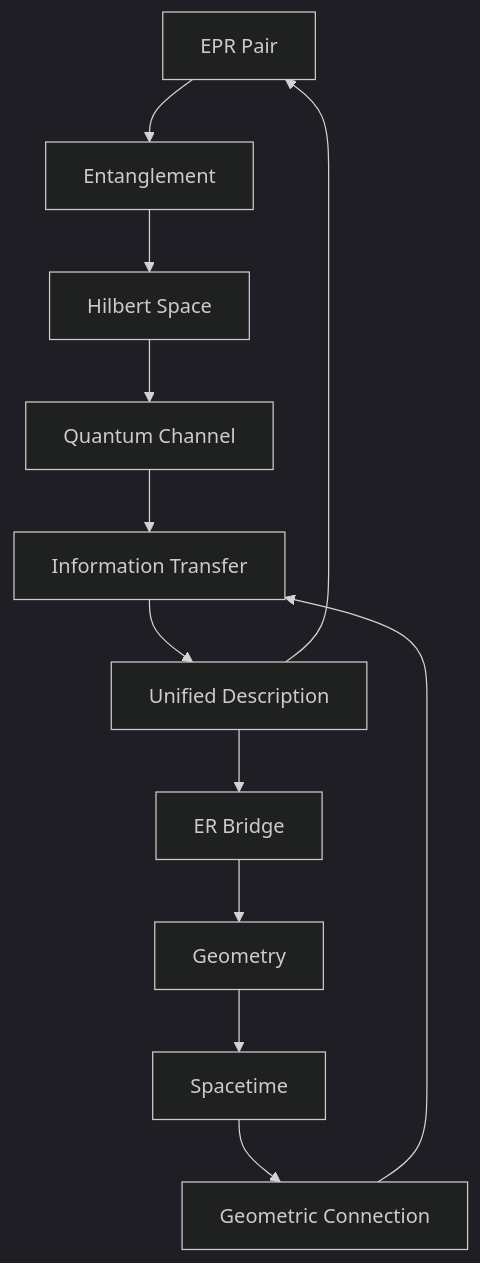
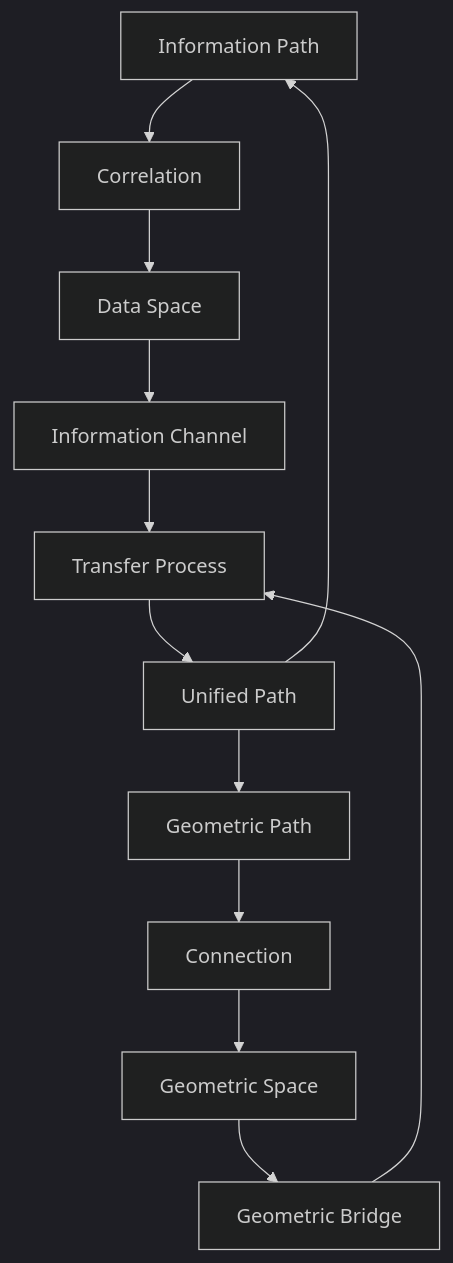
One commit to loning/the-phys changed the first of 2 diagrams in docs/psi-structum/book-1-collapse-ontology/part-04-quantum-gravity/chapter-055-er-epr-path-duality.md. Above: the diagram before and after it, drawn with Mermaid (dark theme). The commit also changed other lines of this file and 19 other files, not shown here.

````diff
--- a/docs/psi-structum/book-1-collapse-ontology/part-04-quantum-gravity/chapter-055-er-epr-path-duality.md
+++ b/docs/psi-structum/book-1-collapse-ontology/part-04-quantum-gravity/chapter-055-er-epr-path-duality.md
@@ -73,14 +81,14 @@
 ```mermaid
 graph TD
-    A[EPR Pair] --> B[Entanglement]
-    C[ER Bridge] --> D[Geometry]
-    B --> E[Hilbert Space]
-    D --> F[Spacetime]
-    E --> G[Quantum Channel]
-    F --> H[Geometric Connection]
-    G --> I[Information Transfer]
+    A[Information Path] --> B[Correlation]
+    C[Geometric Path] --> D[Connection]
+    B --> E[Data Space]
+    D --> F[Geometric Space]
+    E --> G[Information Channel]
+    F --> H[Geometric Bridge]
+    G --> I[Transfer Process]
     H --> I
-    I --> J[Unified Description]
+    I --> J[Unified Path]
     J --> A
     J --> C
 ```
````
